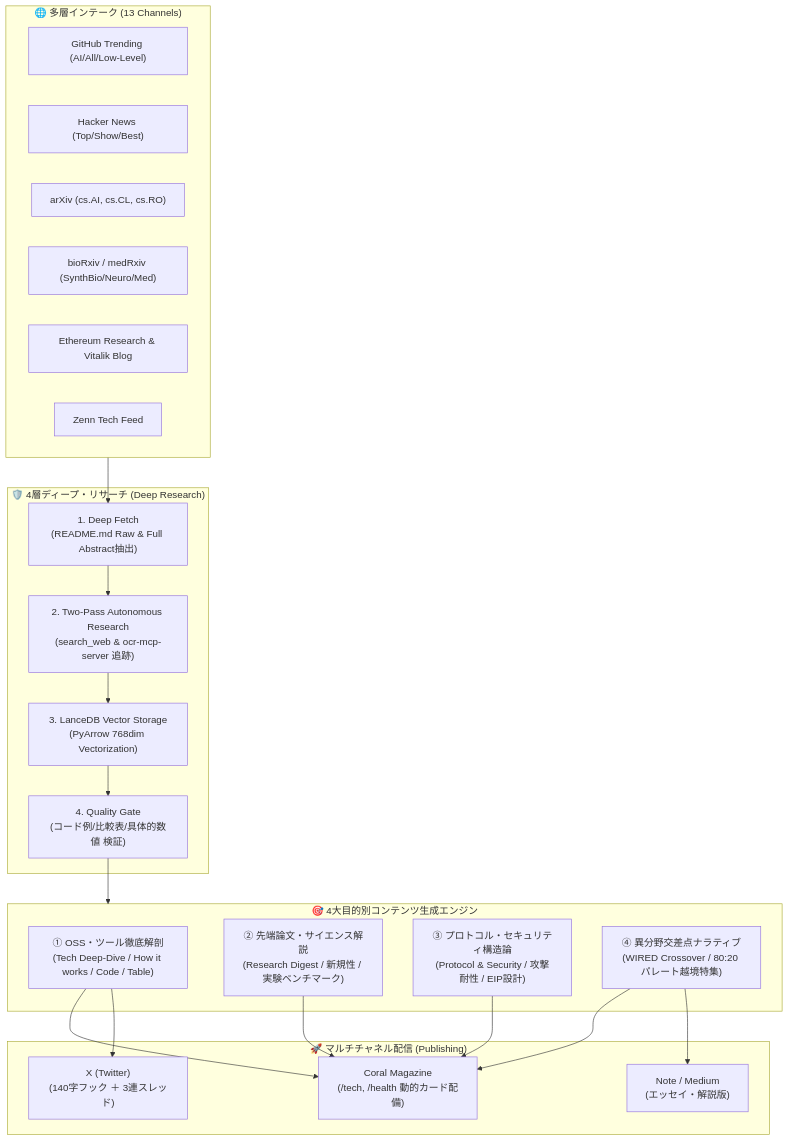
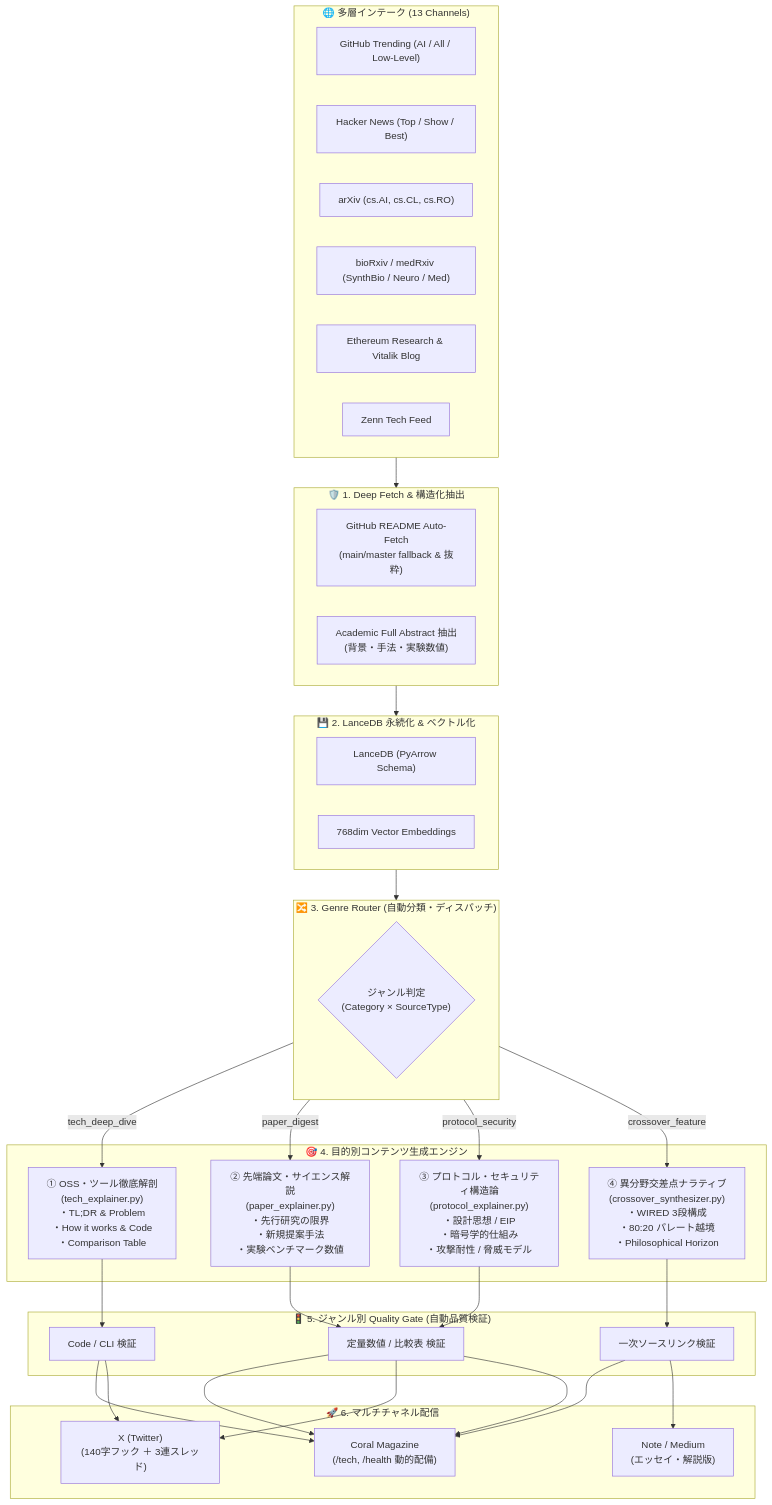
Before and after one commit to t012093/intelligence-hub-mcp: the diagram in docs/architecture_deep_content_engine.md, drawn with Mermaid. The commit also changed 1 other file, not shown here.

Commit message:
docs: enrich architecture spec with Genre Router, Deep Fetch resilience, and Genre-Specific Quality Gates

````diff
--- a/docs/architecture_deep_content_engine.md
+++ b/docs/architecture_deep_content_engine.md
@@ -3,43 +3,57 @@
 ```mermaid
 flowchart TB
     subgraph Sources ["🌐 多層インテーク (13 Channels)"]
-        S1["GitHub Trending (AI/All/Low-Level)"]
-        S2["Hacker News (Top/Show/Best)"]
+        S1["GitHub Trending (AI / All / Low-Level)"]
+        S2["Hacker News (Top / Show / Best)"]
         S3["arXiv (cs.AI, cs.CL, cs.RO)"]
-        S4["bioRxiv / medRxiv (SynthBio/Neuro/Med)"]
+        S4["bioRxiv / medRxiv (SynthBio / Neuro / Med)"]
         S5["Ethereum Research & Vitalik Blog"]
         S6["Zenn Tech Feed"]
     end
 
-    subgraph DeepIntake ["🛡️ 4層ディープ・リサーチ (Deep Research)"]
-        D1["1. Deep Fetch<br/>(README.md Raw & Full Abstract抽出)"]
-        D2["2. Two-Pass Autonomous Research<br/>(search_web & ocr-mcp-server 追跡)"]
-        D3["3. LanceDB Vector Storage<br/>(PyArrow 768dim Vectorization)"]
-        D4["4. Quality Gate<br/>(コード例/比較表/具体的数値 検証)"]
+    subgraph DeepFetchLayer ["🛡️ 1. Deep Fetch & 構造化抽出"]
+        DF1["GitHub README Auto-Fetch<br/>(main/master fallback & 抜粋)"]
+        DF2["Academic Full Abstract 抽出<br/>(背景・手法・実験数値)"]
     end
 
-    subgraph ContentEngine ["🎯 4大目的別コンテンツ生成エンジン"]
-        G1["① OSS・ツール徹底解剖<br/>(Tech Deep-Dive / How it works / Code / Table)"]
-        G2["② 先端論文・サイエンス解説<br/>(Research Digest / 新規性 / 実験ベンチマーク)"]
-        G3["③ プロトコル・セキュリティ構造論<br/>(Protocol & Security / 攻撃耐性 / EIP設計)"]
-        G4["④ 異分野交差点ナラティブ<br/>(WIRED Crossover / 80:20 パレート越境特集)"]
+    subgraph Storage ["💾 2. LanceDB 永続化 & ベクトル化"]
+        L1["LanceDB (PyArrow Schema)"]
+        L2["768dim Vector Embeddings"]
     end
 
-    subgraph Distribution ["🚀 マルチチャネル配信 (Publishing)"]
-        P1["Coral Magazine<br/>(/tech, /health 動的カード配備)"]
+    subgraph Router ["🔀 3. Genre Router (自動分類・ディスパッチ)"]
+        R_rule{"ジャンル判定<br/>(Category × SourceType)"}
+    end
+
+    subgraph ContentEngines ["🎯 4. 目的別コンテンツ生成エンジン"]
+        G1["① OSS・ツール徹底解剖<br/>(tech_explainer.py)<br/>・TL;DR & Problem<br/>・How it works & Code<br/>・Comparison Table"]
+        G2["② 先端論文・サイエンス解説<br/>(paper_explainer.py)<br/>・先行研究の限界<br/>・新規提案手法<br/>・実験ベンチマーク数値"]
+        G3["③ プロトコル・セキュリティ構造論<br/>(protocol_explainer.py)<br/>・設計思想 / EIP<br/>・暗号学的仕組み<br/>・攻撃耐性 / 脅威モデル"]
+        G4["④ 異分野交差点ナラティブ<br/>(crossover_synthesizer.py)<br/>・WIRED 3段構成<br/>・80:20 パレート越境<br/>・Philosophical Horizon"]
+    end
+
+    subgraph QualityGate ["🚦 5. ジャンル別 Quality Gate (自動品質検証)"]
+        Q1["Code / CLI 検証"]
+        Q2["定量数値 / 比較表 検証"]
+        Q3["一次ソースリンク検証"]
+    end
+
+    subgraph Distribution ["🚀 6. マルチチャネル配信"]
+        P1["Coral Magazine<br/>(/tech, /health 動的配備)"]
         P2["X (Twitter)<br/>(140字フック ＋ 3連スレッド)"]
         P3["Note / Medium<br/>(エッセイ・解説版)"]
     end
 
-    Sources --> D1
-    D1 --> D2
-    D2 --> D3
-    D3 --> D4
-    D4 --> ContentEngine
-    G1 --> P1
-    G2 --> P1
-    G3 --> P1
-    G4 --> P1
-    G1 --> P2
-    G4 --> P3
+    Sources --> DeepFetchLayer
+    DeepFetchLayer --> Storage
+    Storage --> Router
+    Router -->|tech_deep_dive| G1
+    Router -->|paper_digest| G2
+    Router -->|protocol_security| G3
+    Router -->|crossover_feature| G4
+
+    G1 --> Q1 --> P1 & P2
+    G2 --> Q2 --> P1 & P2
+    G3 --> Q2 --> P1
+    G4 --> Q3 --> P1 & P3
 ```
````
